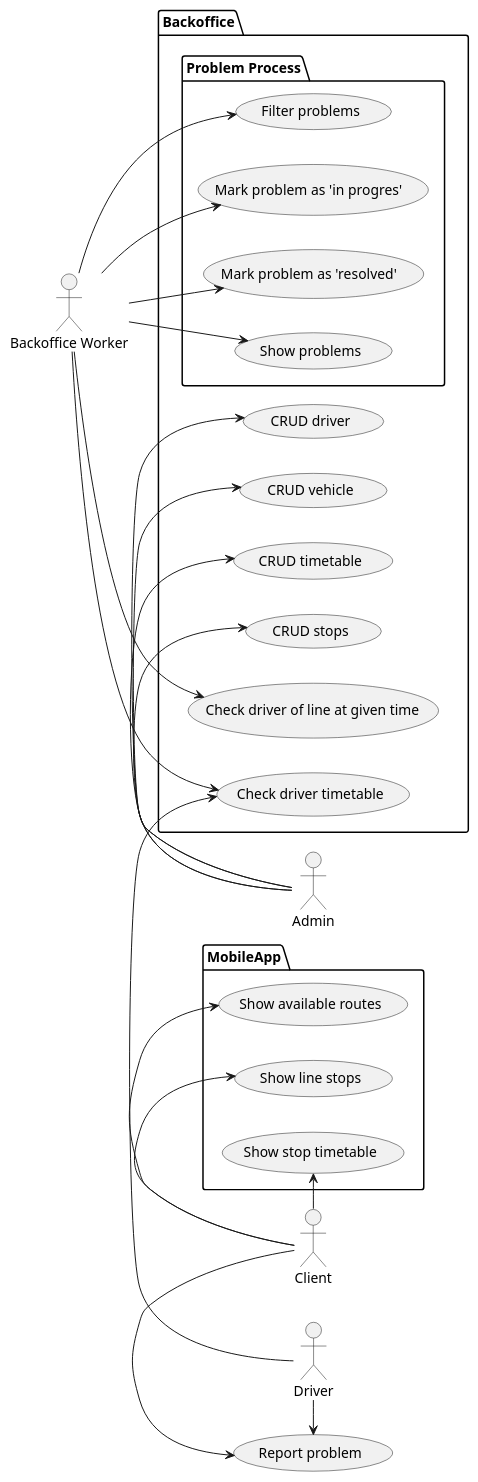
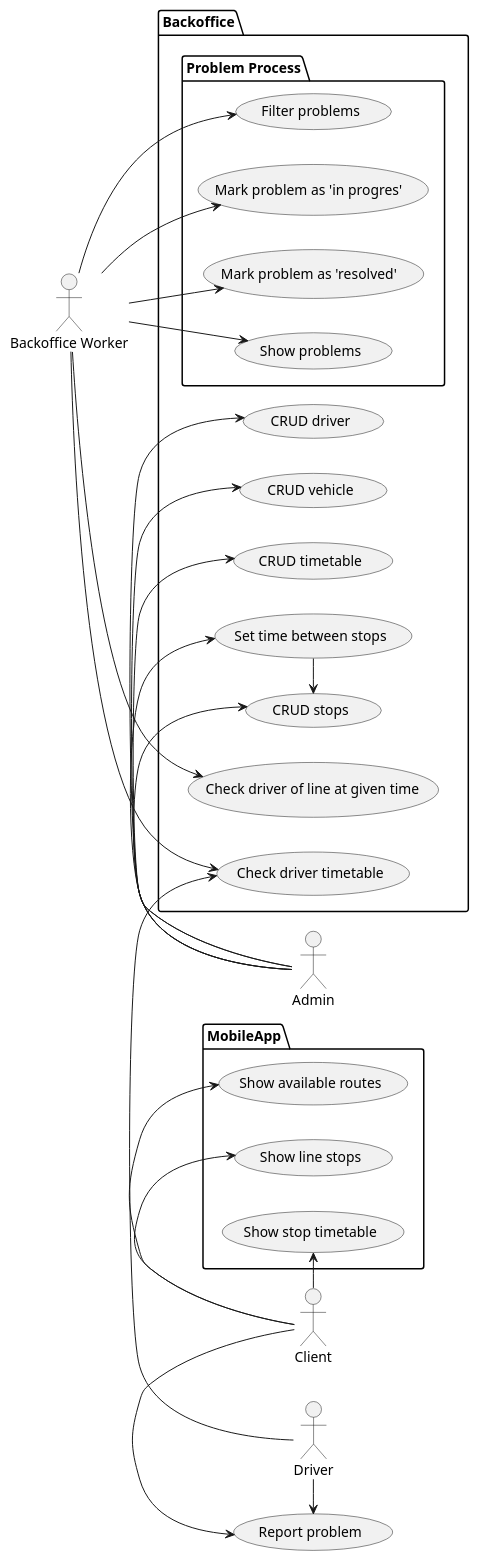
One commit to PatrykLisik/master-degree changed the diagram in projektowanie_obiektowe/projekt-mpk/use_case_diagram.puml. Above: the diagram before and after it, drawn with PlantUML. The commit also changed 12 other files, not shown here.

```diff
--- a/projektowanie_obiektowe/projekt-mpk/use_case_diagram.puml
+++ b/projektowanie_obiektowe/projekt-mpk/use_case_diagram.puml
@@ -1,60 +1,63 @@
 @startuml use_case_mpk
 left to right direction
 
 actor Client as client
 actor Driver as driver
 actor Admin as admin
 actor "Backoffice Worker" as backoffice_worker
 
 
 package MobileApp {
 usecase "Show available routes" as show_routes
 usecase "Show line stops" as show_stops
 usecase "Show stop timetable" as show_stop_time_table
 }
 
 usecase "Report problem" as report_problem
 
 
 client -> show_routes
 client -> show_stops
 client -> show_stop_time_table
 client -> report_problem
 
 
 
 
 package Backoffice {
  usecase "CRUD driver" as crud_driver
  usecase "CRUD vehicle" as crud_vehicle
  usecase "CRUD timetable" as crud_timetable
  usecase "CRUD stops" as crud_stops
+ usecase "Set time between stops" as set_time_between
 
  usecase "Check driver timetable" as driver_work
 
 package "Problem Process"{
  usecase "Show problems" as show_problems
  usecase "Filter problems" as filter_problems
  usecase "Mark problem as 'in progres' " as problem_in_progress
  usecase "Mark problem as 'resolved' " as problem_resolved
 }
  usecase "Check driver of line at given time" as driver_of_line
 
 }
 
 admin -> crud_driver
 admin -> crud_vehicle
 admin -> crud_timetable
 admin -> crud_stops
+admin -> set_time_between
+crud_stops <- set_time_between
 
 backoffice_worker --> show_problems
 backoffice_worker -> filter_problems
 backoffice_worker -> problem_in_progress
 backoffice_worker -> problem_resolved
 backoffice_worker -> driver_of_line
 backoffice_worker -> driver_work
 
 driver -> report_problem
 driver -> driver_work
 
 @enduml
```
